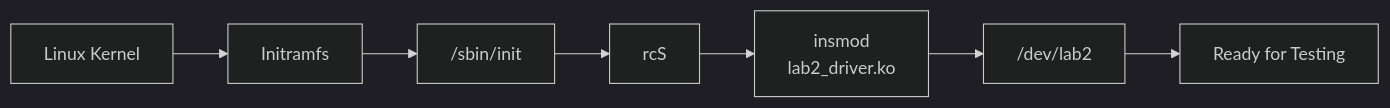
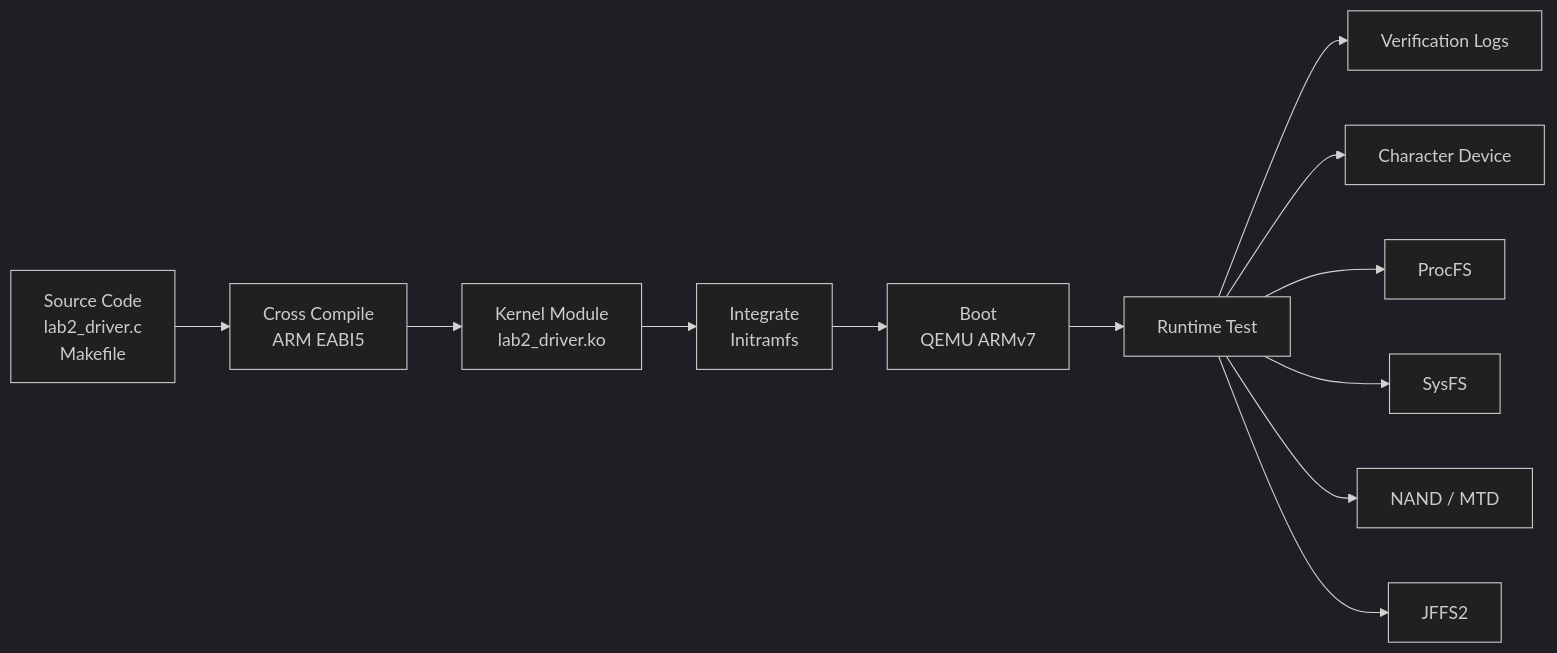
Before and after one commit to BlackWater006/embedded-linux-lab2: the third of 4 diagrams in README.md, drawn with Mermaid (dark theme). The commit also changed other lines of this file, not shown here.

````diff
--- a/README.md
+++ b/README.md
@@ -465,18 +357,23 @@
 ```mermaid
 flowchart LR
-
-    A["Linux Kernel"]
-    B["Initramfs"]
-    C["/sbin/init"]
-    D["rcS"]
-    E["insmod<br/>lab2_driver.ko"]
-    F["/dev/lab2"]
-    G["Ready for Testing"]
+    A["Source Code<br/>lab2_driver.c<br/>Makefile"]
+    B["Cross Compile<br/>ARM EABI5"]
+    C["Kernel Module<br/>lab2_driver.ko"]
+    D["Integrate<br/>Initramfs"]
+    E["Boot<br/>QEMU ARMv7"]
+    F["Runtime Test"]
+    G["Verification Logs"]
 
     A --> B
     B --> C
     C --> D
     D --> E
     E --> F
     F --> G
+
+    F --> F1["Character Device"]
+    F --> F2["ProcFS"]
+    F --> F3["SysFS"]
+    F --> F4["NAND / MTD"]
+    F --> F5["JFFS2"]
 ```
````
